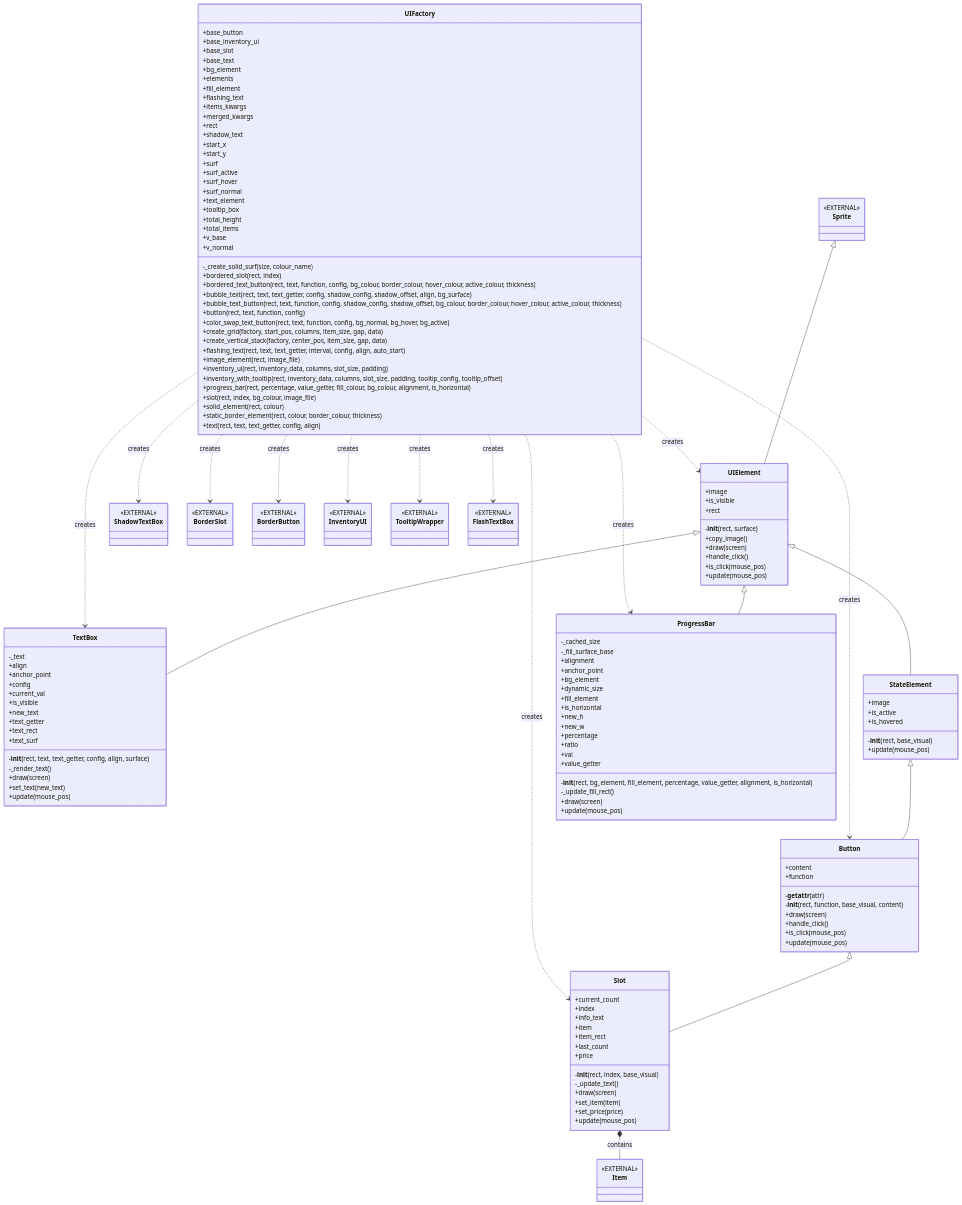
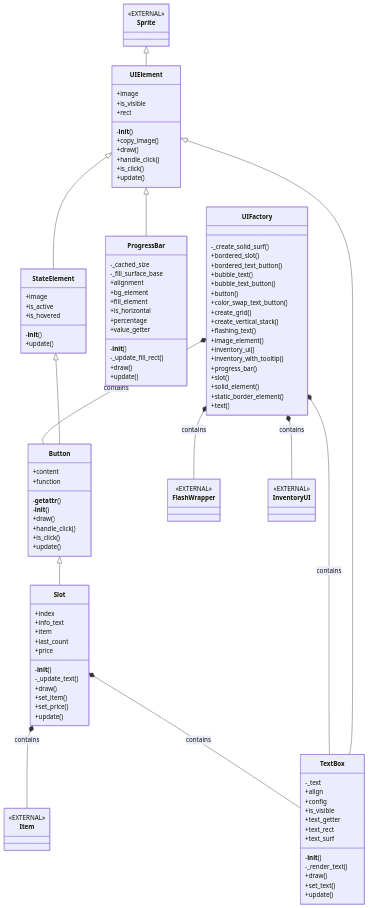
The diagram in uml/elements_ui_factory_uml.md (FlamboyantKiwi/Python-Plant-Sim), drawn with Mermaid before and after one commit. The commit also changed 16 other files, not shown here.

First line of the commit message:
Add wiki UML generator and refresh UML docs

````diff
--- a/uml/elements_ui_factory_uml.md
+++ b/uml/elements_ui_factory_uml.md
@@ -1,30 +1,18 @@
 ```mermaid
 classDiagram
+    Sprite <|-- UIElement
+    StateElement <|-- Button
+    UIElement <|-- ProgressBar
+    Button <|-- Slot
+    UIElement <|-- StateElement
     UIElement <|-- TextBox
-    Sprite <|-- UIElement
-    UIElement <|-- StateElement
-    Button <|-- Slot
-    UIElement <|-- ProgressBar
-    StateElement <|-- Button
     Slot *-- Item : contains
-    UIFactory ..> ShadowTextBox : creates
-    UIFactory ..> UIElement : creates
-    UIFactory ..> BorderSlot : creates
-    UIFactory ..> ProgressBar : creates
-    UIFactory ..> BorderButton : creates
-    UIFactory ..> InventoryUI : creates
-    UIFactory ..> Slot : creates
-    UIFactory ..> TooltipWrapper : creates
-    UIFactory ..> Button : creates
-    UIFactory ..> FlashTextBox : creates
-    UIFactory ..> TextBox : creates
-    class BorderButton {
-        <<EXTERNAL>>
-    }
-    class BorderSlot {
-        <<EXTERNAL>>
-    }
-    class FlashTextBox {
+    UIFactory *-- TextBox : contains
+    UIFactory *-- FlashWrapper : contains
+    UIFactory *-- InventoryUI : contains
+    Slot *-- TextBox : contains
+    UIFactory *-- Button : contains
+    class FlashWrapper {
         <<EXTERNAL>>
     }
     class InventoryUI {
@@ -33,137 +21,96 @@
     class Item {
         <<EXTERNAL>>
     }
-    class ShadowTextBox {
-        <<EXTERNAL>>
-    }
     class Sprite {
         <<EXTERNAL>>
-    }
-    class TooltipWrapper {
-        <<EXTERNAL>>
-    }
-    class TextBox {
-        -_text
-        +align
-        +anchor_point
-        +config
-        +current_val
-        +is_visible
-        +new_text
-        +text_getter
-        +text_rect
-        +text_surf
-        -__init__(rect, text, text_getter, config, align, surface)
-        -_render_text()
-        +draw(screen)
-        +set_text(new_text)
-        +update(mouse_pos)
     }
     class UIElement {
         +image
         +is_visible
         +rect
-        -__init__(rect, surface)
+        -__init__()
         +copy_image()
-        +draw(screen)
+        +draw()
         +handle_click()
-        +is_click(mouse_pos)
-        +update(mouse_pos)
+        +is_click()
+        +update()
+    }
+    class Button {
+        +content
+        +function
+        -__getattr__()
+        -__init__()
+        +draw()
+        +handle_click()
+        +is_click()
+        +update()
+    }
+    class ProgressBar {
+        -_cached_size
+        -_fill_surface_base
+        +alignment
+        +bg_element
+        +fill_element
+        +is_horizontal
+        +percentage
+        +value_getter
+        -__init__()
+        -_update_fill_rect()
+        +draw()
+        +update()
+    }
+    class Slot {
+        +index
+        +info_text
+        +item
+        +last_count
+        +price
+        -__init__()
+        -_update_text()
+        +draw()
+        +set_item()
+        +set_price()
+        +update()
     }
     class StateElement {
         +image
         +is_active
         +is_hovered
-        -__init__(rect, base_visual)
-        +update(mouse_pos)
+        -__init__()
+        +update()
     }
-    class Slot {
-        +current_count
-        +index
-        +info_text
-        +item
-        +item_rect
-        +last_count
-        +price
-        -__init__(rect, index, base_visual)
-        -_update_text()
-        +draw(screen)
-        +set_item(item)
-        +set_price(price)
-        +update(mouse_pos)
-    }
-    class ProgressBar {
-        -_cached_size
-        -_fill_surface_base
-        +alignment
-        +anchor_point
-        +bg_element
-        +dynamic_size
-        +fill_element
-        +is_horizontal
-        +new_h
-        +new_w
-        +percentage
-        +ratio
-        +val
-        +value_getter
-        -__init__(rect, bg_element, fill_element, percentage, value_getter, alignment, is_horizontal)
-        -_update_fill_rect()
-        +draw(screen)
-        +update(mouse_pos)
-    }
-    class Button {
-        +content
-        +function
-        -__getattr__(attr)
-        -__init__(rect, function, base_visual, content)
-        +draw(screen)
-        +handle_click()
-        +is_click(mouse_pos)
-        +update(mouse_pos)
+    class TextBox {
+        -_text
+        +align
+        +config
+        +is_visible
+        +text_getter
+        +text_rect
+        +text_surf
+        -__init__()
+        -_render_text()
+        +draw()
+        +set_text()
+        +update()
     }
     class UIFactory {
-        +base_button
-        +base_inventory_ui
-        +base_slot
-        +base_text
-        +bg_element
-        +elements
-        +fill_element
-        +flashing_text
-        +items_kwargs
-        +merged_kwargs
-        +rect
-        +shadow_text
-        +start_x
-        +start_y
-        +surf
-        +surf_active
-        +surf_hover
-        +surf_normal
-        +text_element
-        +tooltip_box
-        +total_height
-        +total_items
-        +v_base
-        +v_normal
-        -_create_solid_surf(size, colour_name)
-        +bordered_slot(rect, index)
-        +bordered_text_button(rect, text, function, config, bg_colour, border_colour, hover_colour, active_colour, thickness)
-        +bubble_text(rect, text, text_getter, config, shadow_config, shadow_offset, align, bg_surface)
-        +bubble_text_button(rect, text, function, config, shadow_config, shadow_offset, bg_colour, border_colour, hover_colour, active_colour, thickness)
-        +button(rect, text, function, config)
-        +color_swap_text_button(rect, text, function, config, bg_normal, bg_hover, bg_active)
-        +create_grid(factory, start_pos, columns, item_size, gap, data)
-        +create_vertical_stack(factory, center_pos, item_size, gap, data)
-        +flashing_text(rect, text, text_getter, interval, config, align, auto_start)
-        +image_element(rect, image_file)
-        +inventory_ui(rect, inventory_data, columns, slot_size, padding)
-        +inventory_with_tooltip(rect, inventory_data, columns, slot_size, padding, tooltip_config, tooltip_offset)
-        +progress_bar(rect, percentage, value_getter, fill_colour, bg_colour, alignment, is_horizontal)
-        +slot(rect, index, bg_colour, image_file)
-        +solid_element(rect, colour)
-        +static_border_element(rect, colour, border_colour, thickness)
-        +text(rect, text, text_getter, config, align)
+        -_create_solid_surf()
+        +bordered_slot()
+        +bordered_text_button()
+        +bubble_text()
+        +bubble_text_button()
+        +button()
+        +color_swap_text_button()
+        +create_grid()
+        +create_vertical_stack()
+        +flashing_text()
+        +image_element()
+        +inventory_ui()
+        +inventory_with_tooltip()
+        +progress_bar()
+        +slot()
+        +solid_element()
+        +static_border_element()
+        +text()
     }
 ```
````
